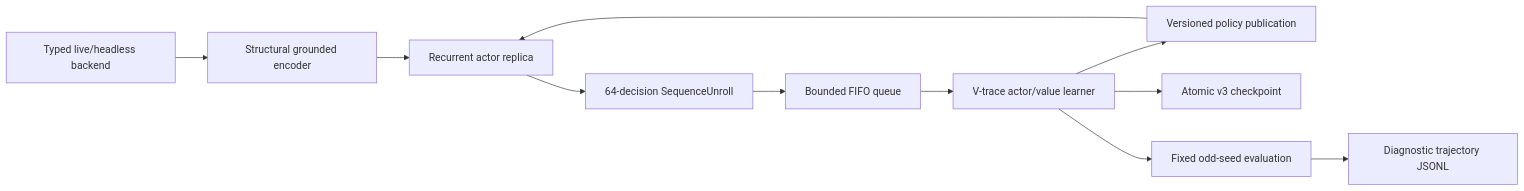
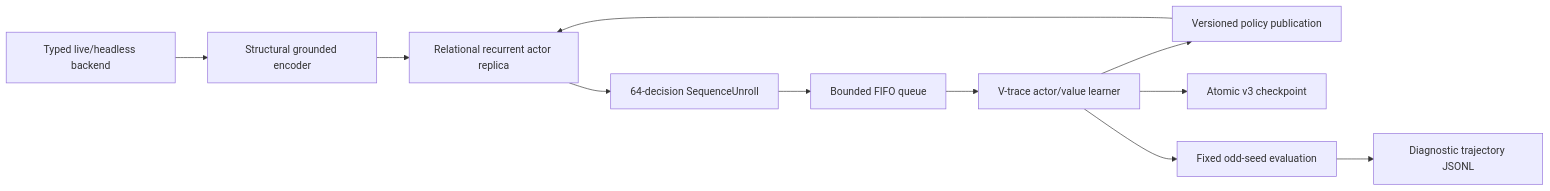
The diagram in docs/rl-grounded-baseline.md (Yidhar/sts2-mcp), drawn with Mermaid before and after one commit. The commit also changed other lines of this file and 43 other files, not shown here.

````diff
--- a/docs/rl-grounded-baseline.md
+++ b/docs/rl-grounded-baseline.md
@@ -15,13 +16,13 @@
 ```mermaid
 flowchart LR
     Env["Typed live/headless backend"] --> Encoder["Structural grounded encoder"]
-    Encoder --> Actor["Recurrent actor replica"]
+    Encoder --> Actor["Relational recurrent actor replica"]
     Actor --> Unroll["64-decision SequenceUnroll"]
     Unroll --> Queue["Bounded FIFO queue"]
     Queue --> Learner["V-trace actor/value learner"]
     Learner --> Publish["Versioned policy publication"]
     Publish --> Actor
     Learner --> Checkpoint["Atomic v3 checkpoint"]
     Learner --> Eval["Fixed odd-seed evaluation"]
     Eval --> Journal["Diagnostic trajectory JSONL"]
 ```
````
